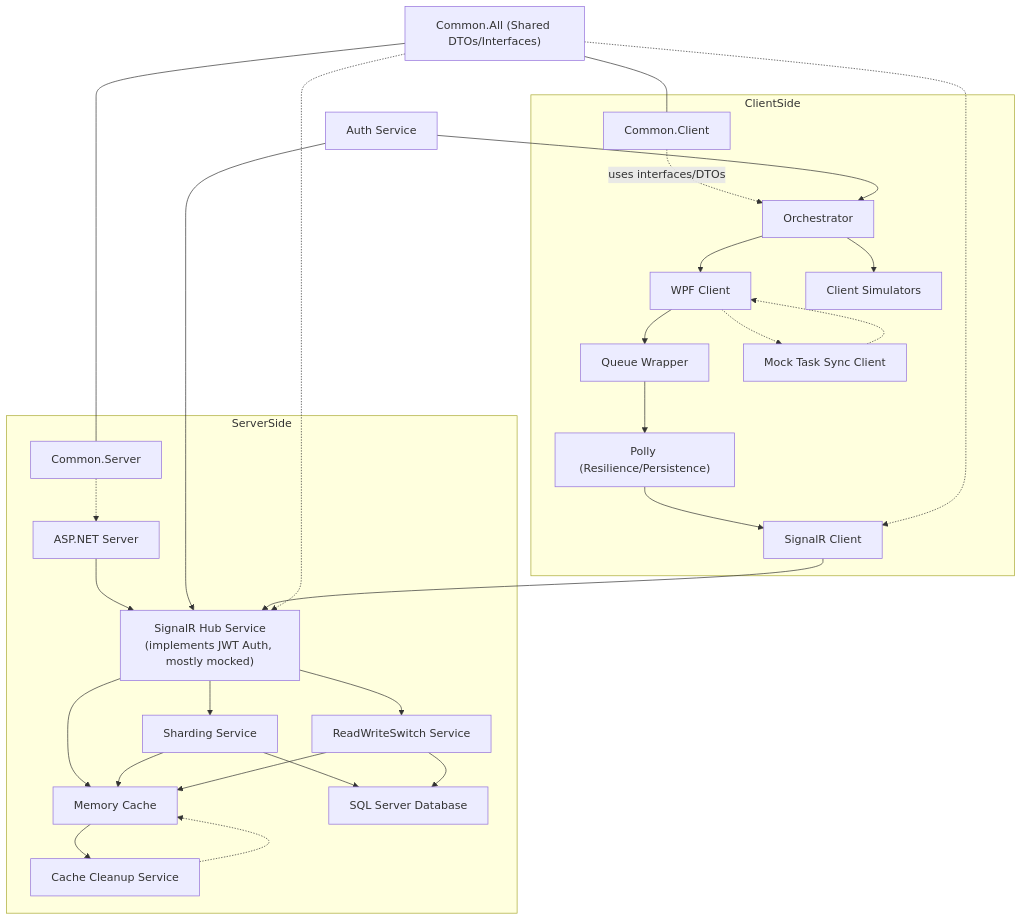
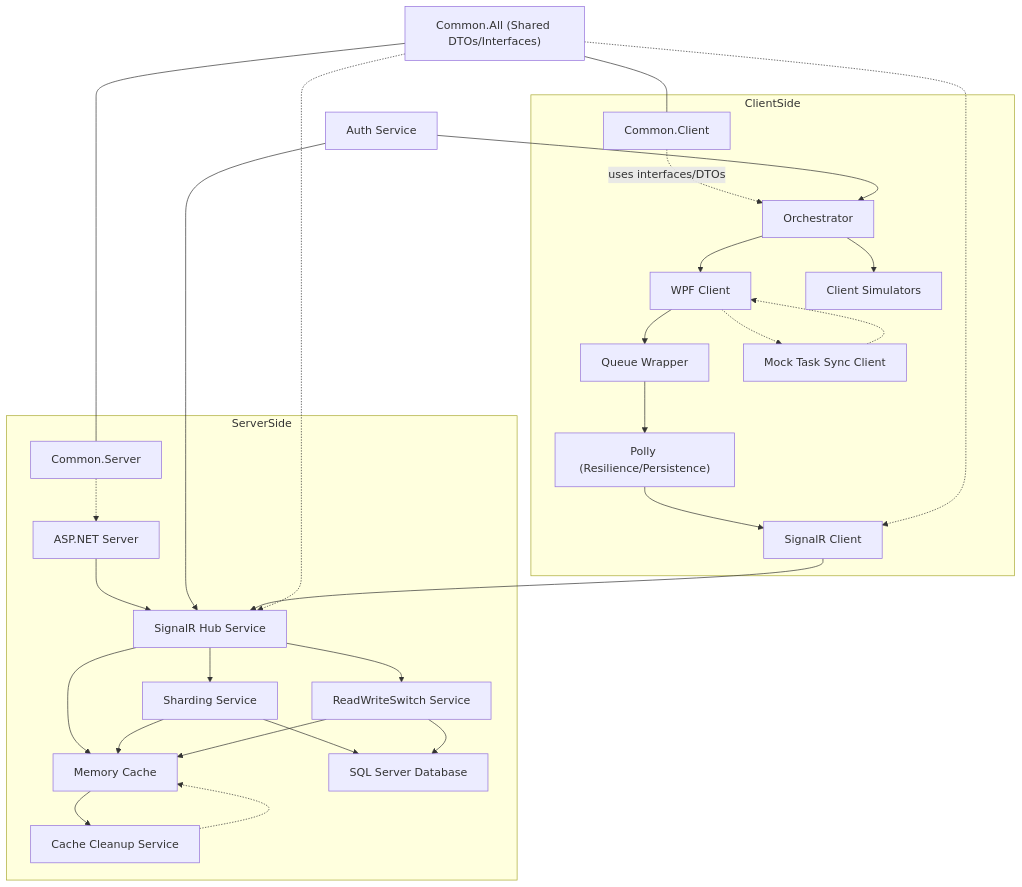
The diagram in README.md (shaunday/ToDos), drawn with Mermaid before and after one commit. The commit also changed other lines of this file, not shown here.

````diff
--- a/README.md
+++ b/README.md
@@ -66,62 +66,62 @@
 ```mermaid
 flowchart TB
     %% Common Layer
     CommonAll["Common.All (Shared DTOs/Interfaces)"]
     CommonClient["Common.Client"]
     CommonServer["Common.Server"]
     CommonAll --- CommonClient
     CommonAll --- CommonServer
 
     %% Client Side
     subgraph ClientSide
         Orchestrator["Orchestrator"]
         UI["WPF Client"]
         Simulators["Client Simulators"]
         Queue["Queue Wrapper"]
         Polly["Polly (Resilience/Persistence)"]
         SignalRClient["SignalR Client"]
         Mock["Mock Task Sync Client"]
         Orchestrator --> Simulators
         Orchestrator --> UI
         UI --> Queue
         Queue --> Polly
         Polly --> SignalRClient
         UI -.-> Mock
         Mock -.-> UI
         CommonClient -. "uses interfaces/DTOs" .-> Orchestrator
     end
 
     %% Server Side
     subgraph ServerSide
-        SignalRHub["SignalR Hub Service\n(implements JWT Auth, mostly mocked)"]
+        SignalRHub["SignalR Hub Service"]
         Sharding["Sharding Service"]
         ReadWriteSwitch["ReadWriteSwitch Service"]
         MemoryCache["Memory Cache"]
         CacheCleanup["Cache Cleanup Service"]
         ServerApp["ASP.NET Server"]
         DB["SQL Server Database"]
         SignalRHub --> Sharding
         SignalRHub --> ReadWriteSwitch
         SignalRHub --> MemoryCache
         Sharding --> MemoryCache
         ReadWriteSwitch --> MemoryCache
         MemoryCache --> CacheCleanup
         CacheCleanup -.-> MemoryCache
         Sharding --> DB
         ReadWriteSwitch --> DB
         ServerApp --> SignalRHub
         CommonServer -.-> ServerApp
     end
 
     %% Central Services
     AuthService["Auth Service"]
     AuthService --> Orchestrator
     AuthService --> SignalRHub
 
     %% Central Connection
     SignalRClient --> SignalRHub
 
     %% Common Layer Connections
     CommonAll -.-> SignalRClient
     CommonAll -.-> SignalRHub
 ```
````
